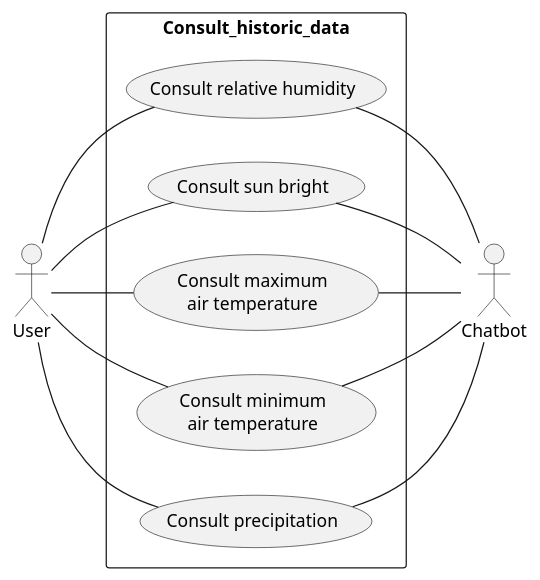
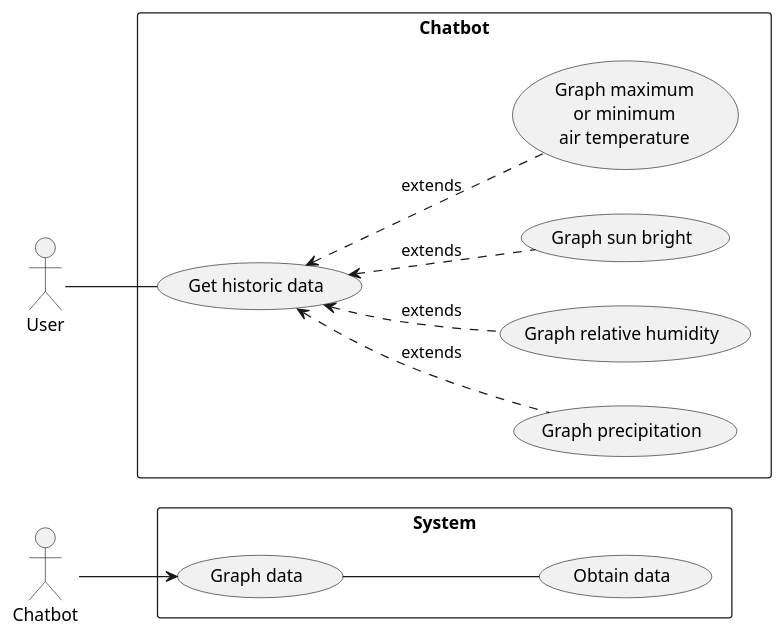
One commit to Ataches/MiCosecha_Design changed the diagram in Use_cases/Use_case_chatbot.puml. Above: the diagram before and after it, drawn with PlantUML. The commit also changed 3 other files, not shown here.

```diff
--- a/Use_cases/Use_case_chatbot.puml
+++ b/Use_cases/Use_case_chatbot.puml
@@ -1,30 +1,33 @@
 @startuml
 'https://plantuml.com/use-case-diagram
 left to right direction
 skinparam packageStyle rect
 
 actor Chatbot as chat
 actor User as user
 
-package Consult_historic_data{
-    (Consult precipitation) as prec
-    (Consult relative humidity) as rhum
-    (Consult sun bright) as sbright
-    (Consult maximum\nair temperature) as max_temp
-    (Consult minimum\nair temperature) as (min_temp)
+package Chatbot{
+    (Graph precipitation) as prec
+    (Graph relative humidity) as rhum
+    (Graph sun bright) as sbright
+    (Graph maximum\nor minimum\nair temperature) as (temp)
 
-    user -- prec
-    user - rhum
-    user - sbright
-    user - max_temp
-    user - (min_temp)
+    (Get historic data) as historic
 
-    prec -- chat
-    rhum -- chat
-    sbright -- chat
-    max_temp -- chat
-    min_temp -- chat
+    user -- historic
+
+    historic <.. prec :extends
+    historic <.. rhum :extends
+    historic <.. sbright :extends
+    historic <.. temp :extends
 }
 
+package System{
+    (Graph data) as graph
+    (Obtain data) as obtain
 
+    graph -- obtain
+}
+
+chat --> graph
 @enduml
```
